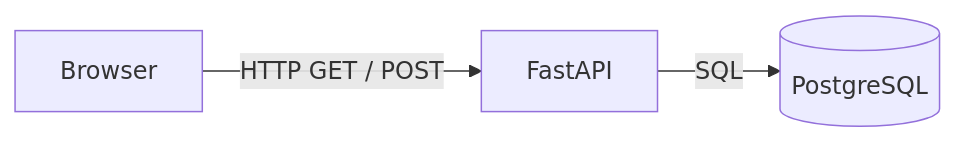
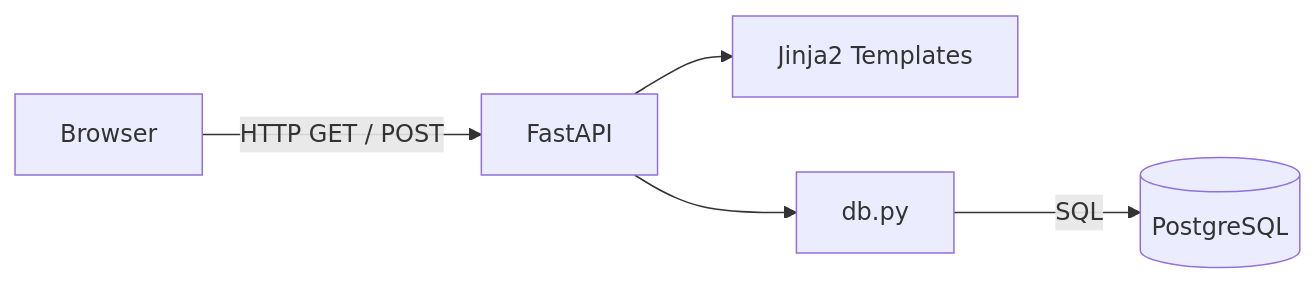
The first of 7 diagrams in README.md (gyakusu/fastapi-postgres-demo), drawn with Mermaid before and after one commit. The commit also changed other lines of this file, not shown here.

````diff
--- a/README.md
+++ b/README.md
@@ -11,9 +13,13 @@
 ```mermaid
 flowchart LR
     B[Browser]
     F[FastAPI]
+    T[Jinja2 Templates]
+    D[db.py]
     P[(PostgreSQL)]
 
     B -->|HTTP GET / POST| F
-    F -->|SQL| P
+    F --> T
+    F --> D
+    D -->|SQL| P
 ```
````
